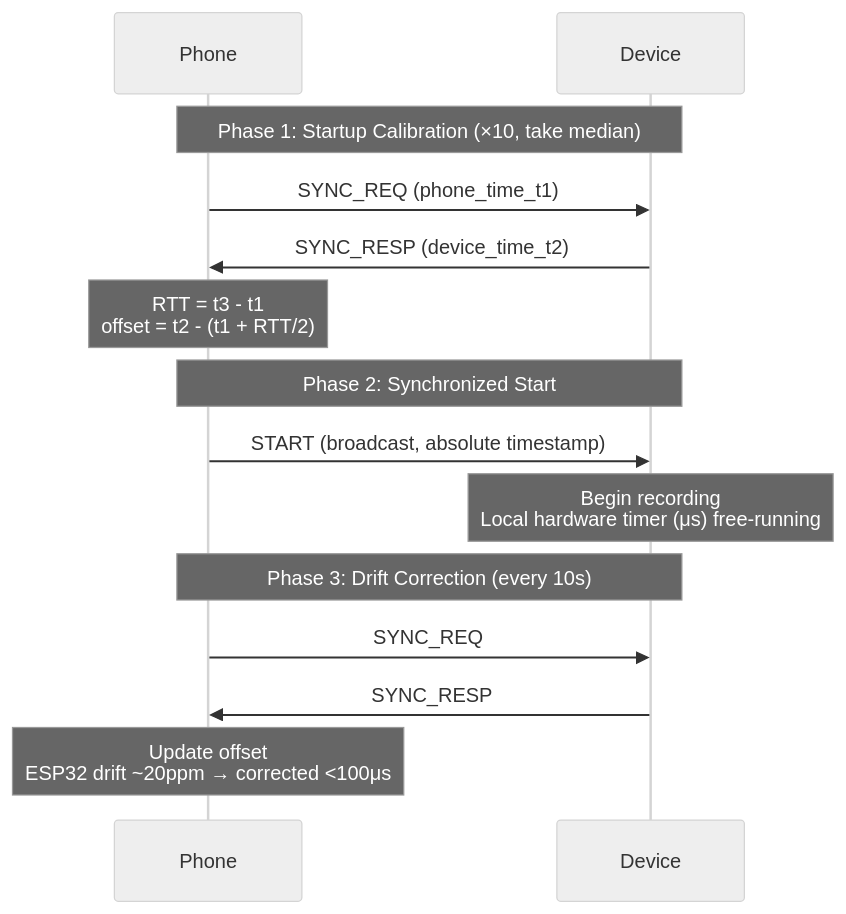
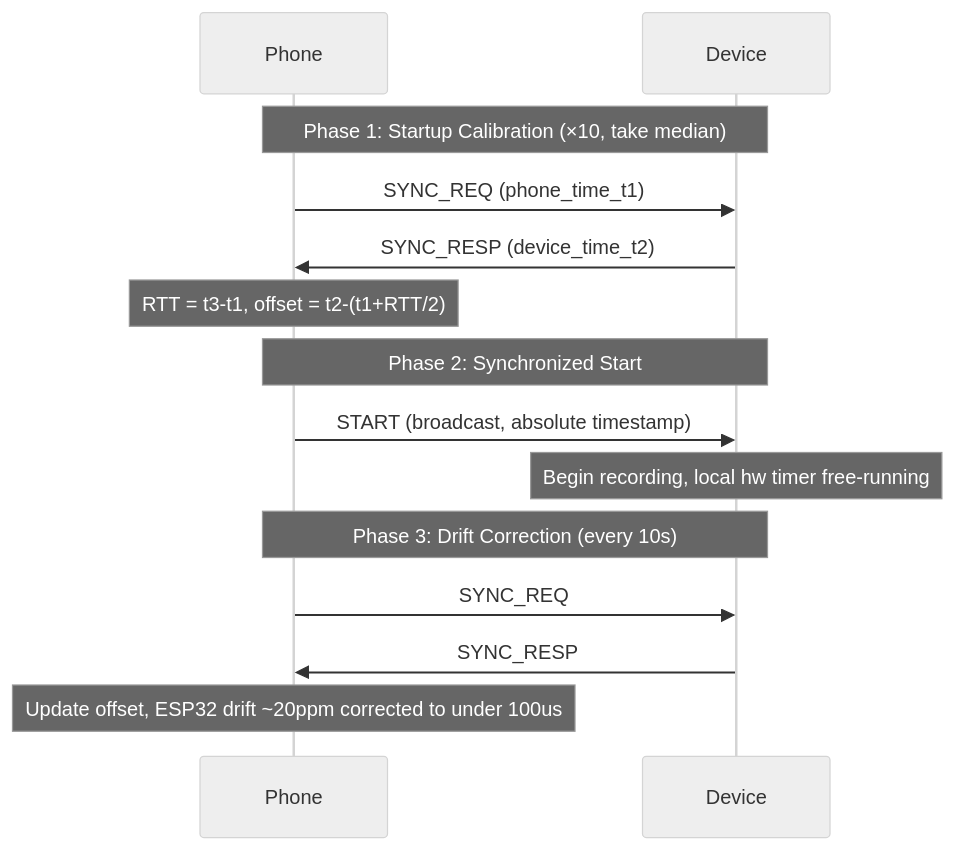
The second of 2 diagrams in docs/design/06-communication-protocol.md (Auromix/OpenUMI), drawn with Mermaid (neutral theme) before and after one commit. The commit also changed other lines of this file and 7 other files, not shown here.

First line of the commit message:
Fix Mermaid diagrams for GitHub rendering compatibility

````diff
--- a/docs/design/06-communication-protocol.md
+++ b/docs/design/06-communication-protocol.md
@@ -137,19 +137,19 @@
 ```mermaid
 sequenceDiagram
     participant Phone
     participant Device
 
     Note over Phone,Device: Phase 1: Startup Calibration (×10, take median)
     Phone->>Device: SYNC_REQ (phone_time_t1)
     Device->>Phone: SYNC_RESP (device_time_t2)
-    Note over Phone: RTT = t3 - t1<br/>offset = t2 - (t1 + RTT/2)
+    Note over Phone: RTT = t3-t1, offset = t2-(t1+RTT/2)
 
     Note over Phone,Device: Phase 2: Synchronized Start
     Phone->>Device: START (broadcast, absolute timestamp)
-    Note over Device: Begin recording<br/>Local hardware timer (μs) free-running
+    Note over Device: Begin recording, local hw timer free-running
 
     Note over Phone,Device: Phase 3: Drift Correction (every 10s)
     Phone->>Device: SYNC_REQ
     Device->>Phone: SYNC_RESP
-    Note over Phone: Update offset<br/>ESP32 drift ~20ppm → corrected <100μs
+    Note over Phone: Update offset, ESP32 drift ~20ppm corrected to under 100us
 ```
````
